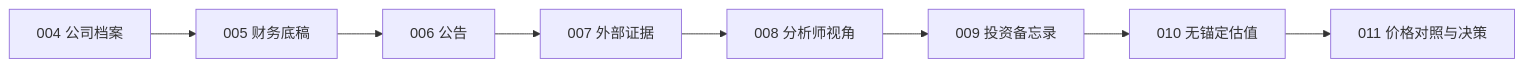
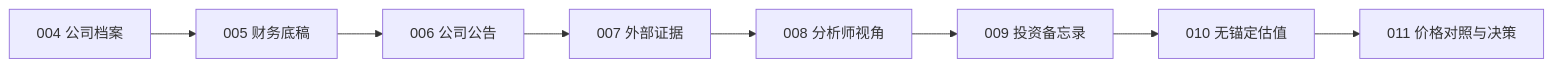
The second of 2 diagrams in memory/001_价值投资分析师系统架构.md (lzccc666/Value_Investment), drawn with Mermaid before and after one commit. The commit also changed other lines of this file and 71 other files, not shown here.

````diff
--- a/memory/001_价值投资分析师系统架构.md
+++ b/memory/001_价值投资分析师系统架构.md
@@ -28,10 +57,10 @@
 ```mermaid
 flowchart LR
     A["004 公司档案"] --> B["005 财务底稿"]
-    B --> C["006 公告"]
+    B --> C["006 公司公告"]
     C --> D["007 外部证据"]
     D --> E["008 分析师视角"]
     E --> F["009 投资备忘录"]
     F --> G["010 无锚定估值"]
     G --> H["011 价格对照与决策"]
 ```
````
